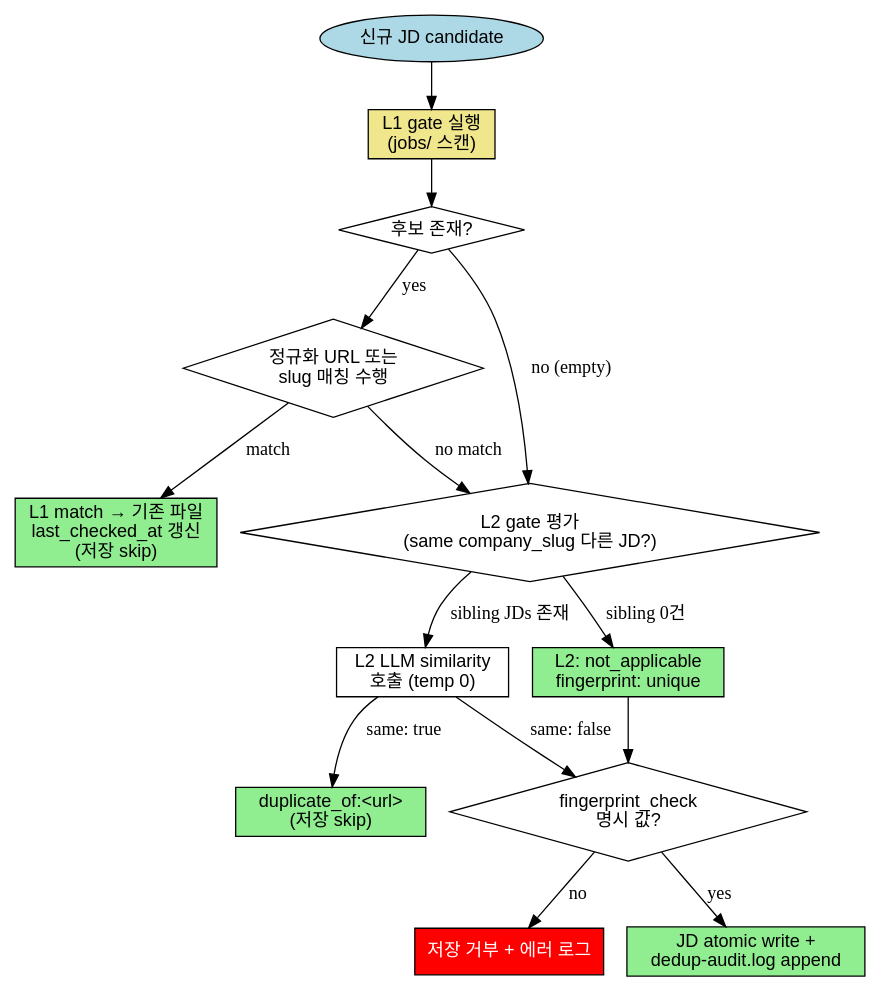
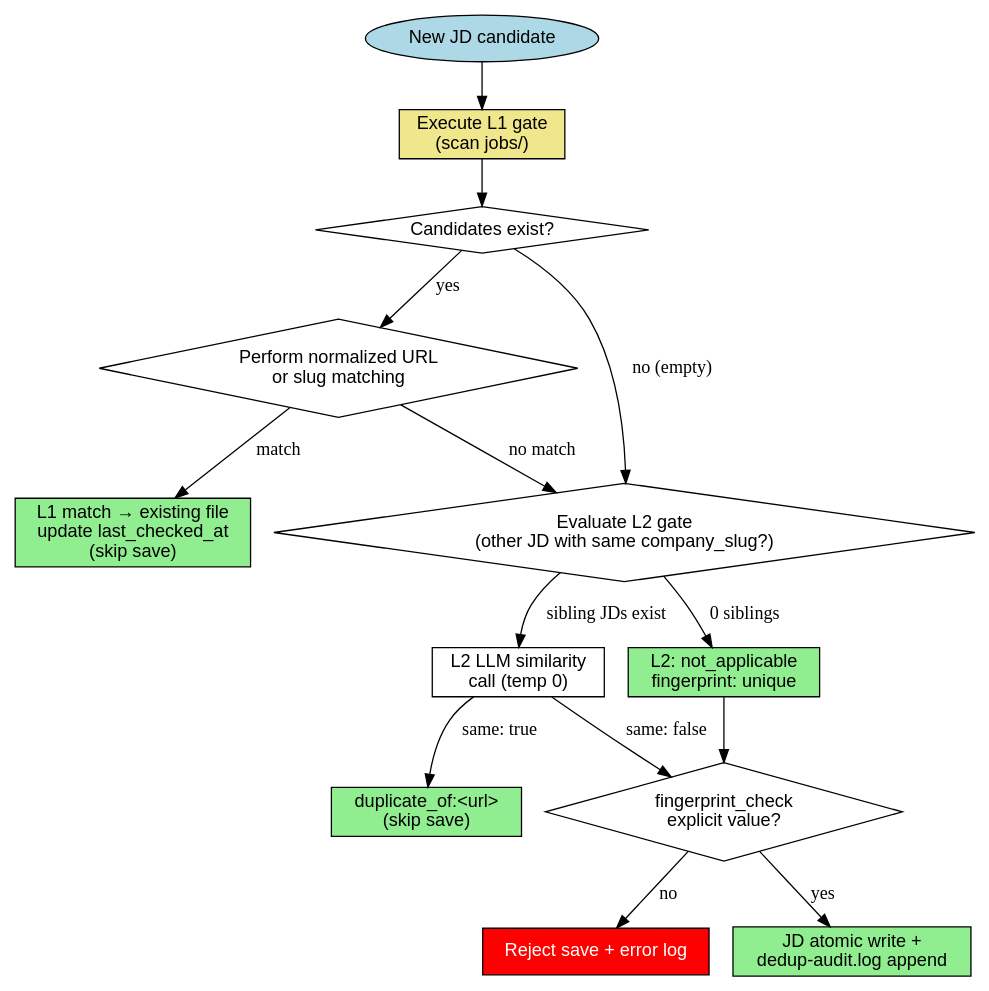
One commit to toongri/oh-my-toong-playground changed the fourth of 8 diagrams in skills/collect-jd/reference/rules.md. Above: the diagram before and after it, drawn with Graphviz. The commit also changed other lines of this file and 3 other files, not shown here.

````diff
--- a/skills/collect-jd/reference/rules.md
+++ b/skills/collect-jd/reference/rules.md
@@ -291,33 +293,33 @@
 ```dot
 digraph dedup_check_gate {
   rankdir=TB;
   node [shape=box, fontname="Helvetica"];
 
-  candidate [label="신규 JD candidate", shape=ellipse, style=filled, fillcolor=lightblue];
-  l1_exec [label="L1 gate 실행\n(jobs/ 스캔)", shape=box, style=filled, fillcolor=khaki];
-  l1_result [label="후보 존재?", shape=diamond];
-  l1_match [label="정규화 URL 또는\nslug 매칭 수행", shape=diamond];
-  l1_hit [label="L1 match → 기존 파일\nlast_checked_at 갱신\n(저장 skip)", style=filled, fillcolor=lightgreen];
-  l2_eval [label="L2 gate 평가\n(same company_slug 다른 JD?)", shape=diamond];
-  l2_call [label="L2 LLM similarity\n호출 (temp 0)"];
-  l2_dup [label="duplicate_of:<url>\n(저장 skip)", style=filled, fillcolor=lightgreen];
+  candidate [label="New JD candidate", shape=ellipse, style=filled, fillcolor=lightblue];
+  l1_exec [label="Execute L1 gate\n(scan jobs/)", shape=box, style=filled, fillcolor=khaki];
+  l1_result [label="Candidates exist?", shape=diamond];
+  l1_match [label="Perform normalized URL\nor slug matching", shape=diamond];
+  l1_hit [label="L1 match → existing file\nupdate last_checked_at\n(skip save)", style=filled, fillcolor=lightgreen];
+  l2_eval [label="Evaluate L2 gate\n(other JD with same company_slug?)", shape=diamond];
+  l2_call [label="L2 LLM similarity\ncall (temp 0)"];
+  l2_dup [label="duplicate_of:<url>\n(skip save)", style=filled, fillcolor=lightgreen];
   l2_na [label="L2: not_applicable\nfingerprint: unique", style=filled, fillcolor=lightgreen];
-  save_check [label="fingerprint_check\n명시 값?", shape=diamond];
-  reject [label="저장 거부 + 에러 로그", style=filled, fillcolor=red, fontcolor=white];
+  save_check [label="fingerprint_check\nexplicit value?", shape=diamond];
+  reject [label="Reject save + error log", style=filled, fillcolor=red, fontcolor=white];
   save [label="JD atomic write +\ndedup-audit.log append", style=filled, fillcolor=lightgreen];
 
   candidate -> l1_exec;
   l1_exec -> l1_result;
   l1_result -> l1_match [label="yes"];
   l1_result -> l2_eval [label="no (empty)"];
   l1_match -> l1_hit [label="match"];
   l1_match -> l2_eval [label="no match"];
-  l2_eval -> l2_call [label="sibling JDs 존재"];
-  l2_eval -> l2_na [label="sibling 0건"];
+  l2_eval -> l2_call [label="sibling JDs exist"];
+  l2_eval -> l2_na [label="0 siblings"];
   l2_call -> l2_dup [label="same: true"];
   l2_call -> save_check [label="same: false"];
   l2_na -> save_check;
   save_check -> save [label="yes"];
   save_check -> reject [label="no"];
 }
 ```
````
